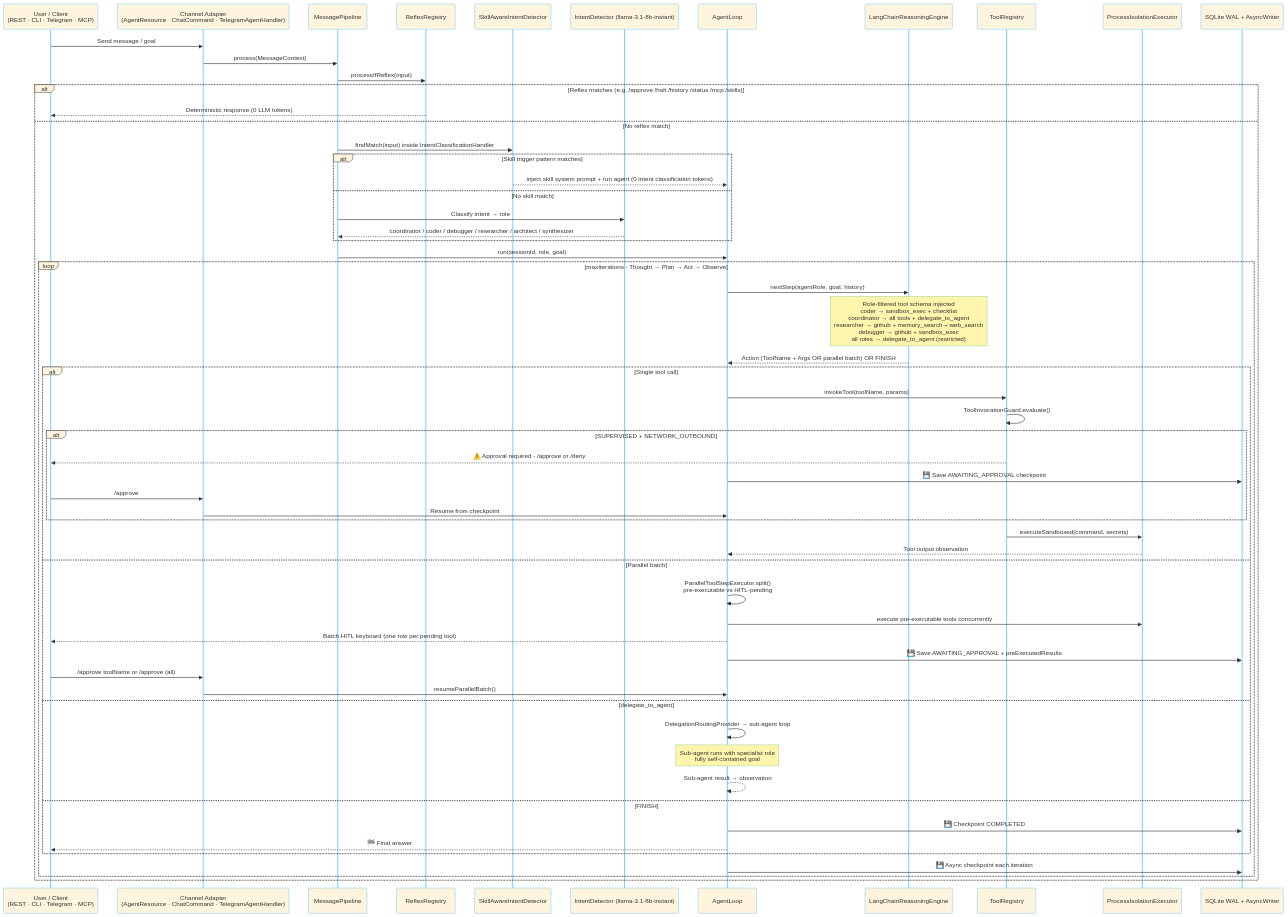
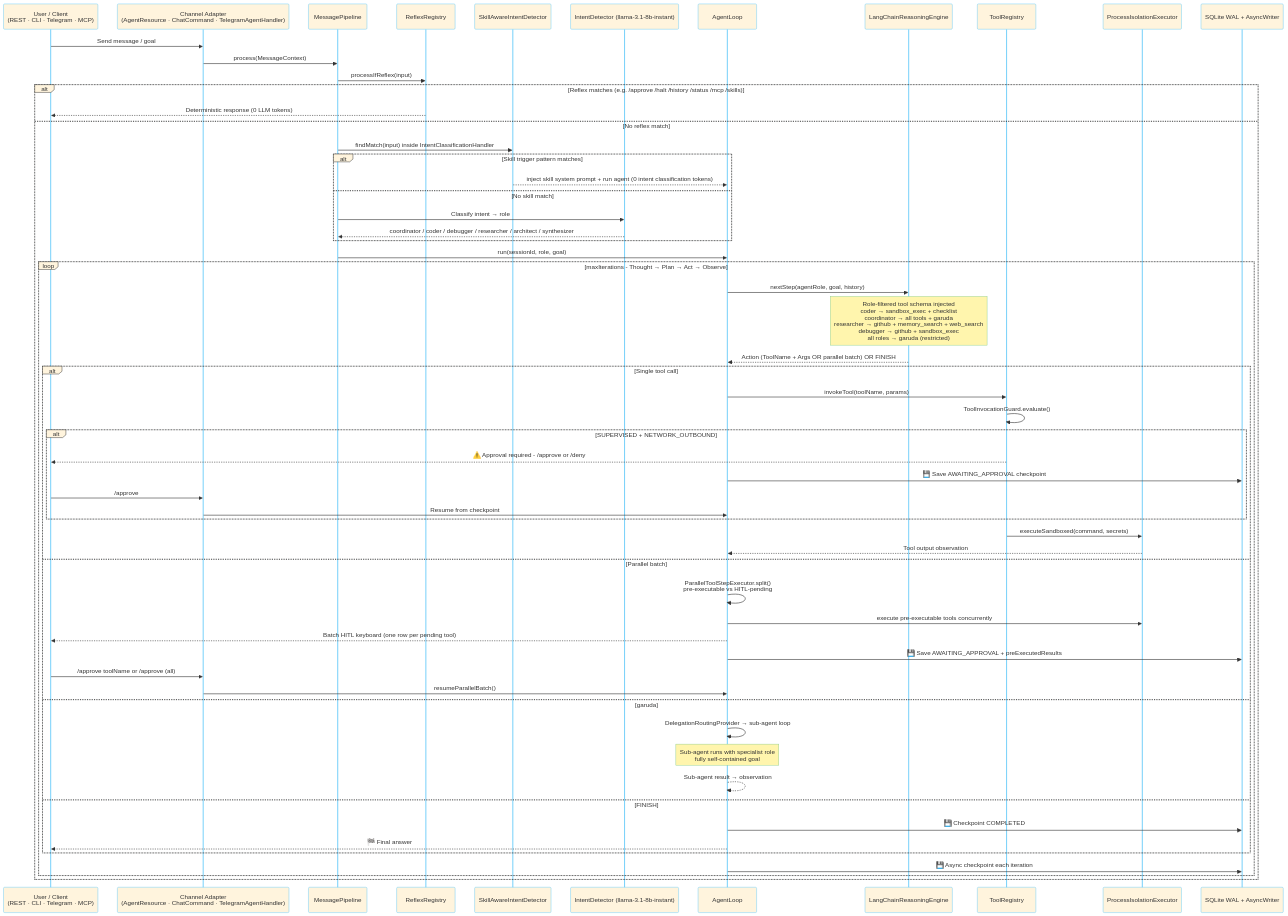
One commit to rsrini7/AmshaAgent changed the third of 8 diagrams in README.md. Above: the diagram before and after it, drawn with Mermaid. The commit also changed other lines of this file and 57 other files, not shown here.

````diff
--- a/README.md
+++ b/README.md
@@ -331,69 +331,69 @@
 ```mermaid
 %%{init: {'theme': 'base', 'themeVariables': {'primaryBorderColor': '#4fc3f7', 'lineColor': '#4fc3f7', 'activationBorderColor': '#4fc3f7', 'actorBorder': '#4fc3f7', 'actorLineColor': '#4fc3f7','labelBoxBorderColor': '#0b0c0cff', 'noteBorderColor': '#81c784', 'fontSize': '13px'}}}%%
 sequenceDiagram
     participant U as User / Client<br/>(REST · CLI · Telegram · MCP)
     participant CH as Channel Adapter<br/>(AgentResource · ChatCommand · TelegramAgentHandler)
     participant PP as MessagePipeline
     participant RR as ReflexRegistry
     participant SK as SkillAwareIntentDetector
     participant IC as IntentDetector (llama-3.1-8b-instant)
     participant AL as AgentLoop
     participant LLM as LangChainReasoningEngine
     participant TR as ToolRegistry
     participant PIE as ProcessIsolationExecutor
     participant DB as SQLite WAL + AsyncWriter
 
     U->>CH: Send message / goal
     CH->>PP: process(MessageContext)
 
     PP->>RR: processIfReflex(input)
     alt Reflex matches (e.g. /approve /halt /history /status /mcp /skills)
         RR-->>U: Deterministic response (0 LLM tokens)
     else No reflex match
         PP->>SK: findMatch(input) inside IntentClassificationHandler
         alt Skill trigger pattern matches
             SK-->>AL: inject skill system prompt + run agent (0 intent classification tokens)
         else No skill match
             PP->>IC: Classify intent → role
             IC-->>PP: coordinator / coder / debugger / researcher / architect / synthesizer
         end
         PP->>AL: run(sessionId, role, goal)
 
         loop maxIterations - Thought → Plan → Act → Observe
             AL->>LLM: nextStep(agentRole, goal, history)
-            Note over LLM: Role-filtered tool schema injected<br/>coder → sandbox_exec + checklist<br/>coordinator → all tools + delegate_to_agent<br/>researcher → github + memory_search + web_search<br/>debugger → github + sandbox_exec<br/>all roles → delegate_to_agent (restricted)
+            Note over LLM: Role-filtered tool schema injected<br/>coder → sandbox_exec + checklist<br/>coordinator → all tools + garuda<br/>researcher → github + memory_search + web_search<br/>debugger → github + sandbox_exec<br/>all roles → garuda (restricted)
             LLM-->>AL: Action (ToolName + Args OR parallel batch) OR FINISH
 
             alt Single tool call
                 AL->>TR: invokeTool(toolName, params)
                 TR->>TR: ToolInvocationGuard.evaluate()
 
                 alt SUPERVISED + NETWORK_OUTBOUND
                     TR-->>U: ⚠️ Approval required - /approve or /deny
                     AL->>DB: 💾 Save AWAITING_APPROVAL checkpoint
                     U->>CH: /approve
                     CH->>AL: Resume from checkpoint
                 end
 
                 TR->>PIE: executeSandboxed(command, secrets)
                 PIE-->>AL: Tool output observation
             else Parallel batch
                 AL->>AL: ParallelToolStepExecutor.split()<br/>pre-executable vs HITL-pending
                 AL->>PIE: execute pre-executable tools concurrently
                 AL-->>U: Batch HITL keyboard (one row per pending tool)
                 AL->>DB: 💾 Save AWAITING_APPROVAL + preExecutedResults
                 U->>CH: /approve toolName or /approve (all)
                 CH->>AL: resumeParallelBatch()
-            else delegate_to_agent
+            else garuda
                 AL->>AL: DelegationRoutingProvider → sub-agent loop
                 Note over AL: Sub-agent runs with specialist role<br/>fully self-contained goal
                 AL-->>AL: Sub-agent result → observation
             else FINISH
                 AL->>DB: 💾 Checkpoint COMPLETED
                 AL-->>U: 🏁 Final answer
             end
 
             AL->>DB: 💾 Async checkpoint each iteration
         end
     end
 ```
````
